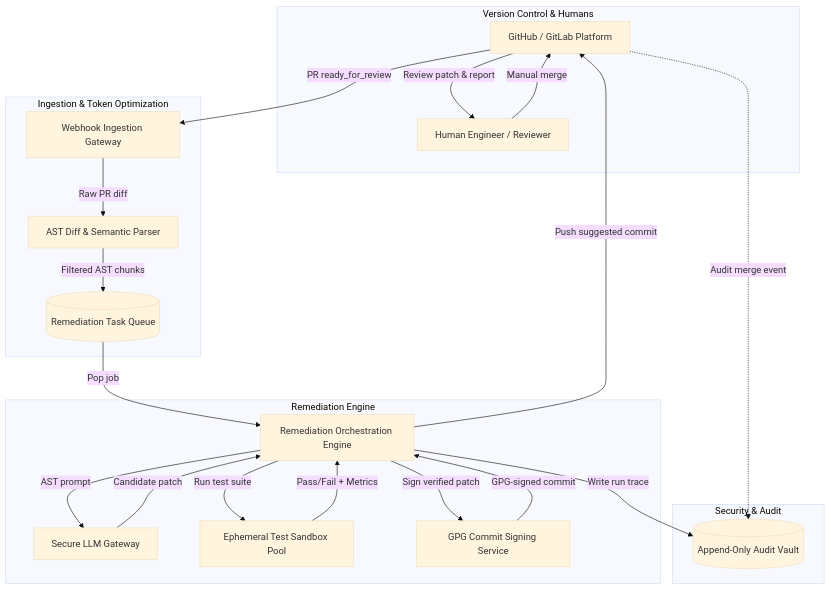
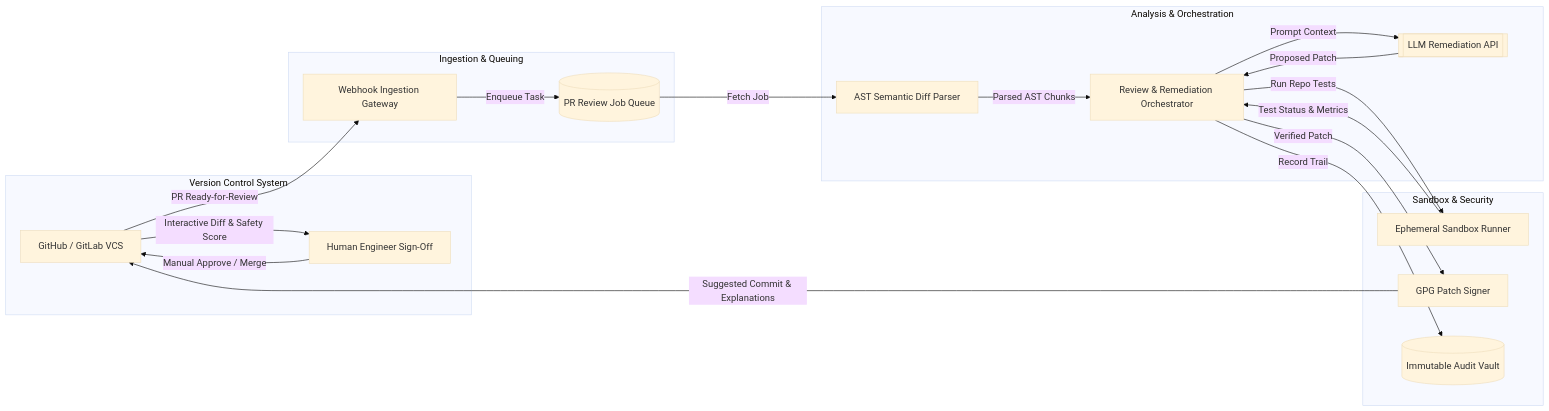
Before and after one commit to alexcaldarone/brainy-storm: the diagram in data/ideas/idea_pr_bot_01/system-architecture.mmd, drawn with Mermaid (base theme). The commit also changed 26 other files, not shown here.

```diff
--- a/data/ideas/idea_pr_bot_01/system-architecture.mmd
+++ b/data/ideas/idea_pr_bot_01/system-architecture.mmd
@@ -1,38 +1,36 @@
-flowchart TD
-  subgraph VCS [Version Control & Humans]
-    vcs_platform[GitHub / GitLab Platform]
-    human_reviewer[Human Engineer / Reviewer]
+flowchart LR
+  subgraph External_VCS [Version Control System]
+    GP[GitHub / GitLab VCS]
+    HR[Human Engineer Sign-Off]
   end
 
-  subgraph Ingestion [Ingestion & Token Optimization]
-    webhook_gateway[Webhook Ingestion Gateway]
-    ast_diff_engine[AST Diff & Semantic Parser]
-    job_queue[(Remediation Task Queue)]
+  subgraph Ingestion [Ingestion & Queuing]
+    WG[Webhook Ingestion Gateway]
+    EQ[(PR Review Job Queue)]
   end
 
-  subgraph Core [Remediation Engine]
-    remediation_orchestrator[Remediation Orchestration Engine]
-    llm_inference[Secure LLM Gateway]
-    sandbox_runner[Ephemeral Test Sandbox Pool]
-    gpg_signing_service[GPG Commit Signing Service]
+  subgraph Processing [Analysis & Orchestration]
+    DFS[AST Semantic Diff Parser]
+    RO[Review & Remediation Orchestrator]
+    LLM[[LLM Remediation API]]
   end
 
-  subgraph Compliance [Security & Audit]
-    audit_vault[(Append-Only Audit Vault)]
+  subgraph Verification [Sandbox & Security]
+    SM[Ephemeral Sandbox Runner]
+    GPG[GPG Patch Signer]
+    AV[(Immutable Audit Vault)]
   end
 
-  vcs_platform -->|PR ready_for_review| webhook_gateway
-  webhook_gateway -->|Raw PR diff| ast_diff_engine
-  ast_diff_engine -->|Filtered AST chunks| job_queue
-  job_queue -->|Pop job| remediation_orchestrator
-  remediation_orchestrator -->|AST prompt| llm_inference
-  llm_inference -->|Candidate patch| remediation_orchestrator
-  remediation_orchestrator -->|Run test suite| sandbox_runner
-  sandbox_runner -->|Pass/Fail + Metrics| remediation_orchestrator
-  remediation_orchestrator -->|Sign verified patch| gpg_signing_service
-  gpg_signing_service -->|GPG-signed commit| remediation_orchestrator
-  remediation_orchestrator -->|Write run trace| audit_vault
-  remediation_orchestrator -->|Push suggested commit| vcs_platform
-  vcs_platform -->|Review patch & report| human_reviewer
-  human_reviewer -->|Manual merge| vcs_platform
-  vcs_platform -.->|Audit merge event| audit_vault
+  GP -->|PR Ready-for-Review| WG
+  WG -->|Enqueue Task| EQ
+  EQ -->|Fetch Job| DFS
+  DFS -->|Parsed AST Chunks| RO
+  RO -->|Prompt Context| LLM
+  LLM -->|Proposed Patch| RO
+  RO -->|Run Repo Tests| SM
+  SM -->|Test Status & Metrics| RO
+  RO -->|Record Trail| AV
+  RO -->|Verified Patch| GPG
+  GPG -->|Suggested Commit & Explanations| GP
+  GP -->|Interactive Diff & Safety Score| HR
+  HR -->|Manual Approve / Merge| GP
```
